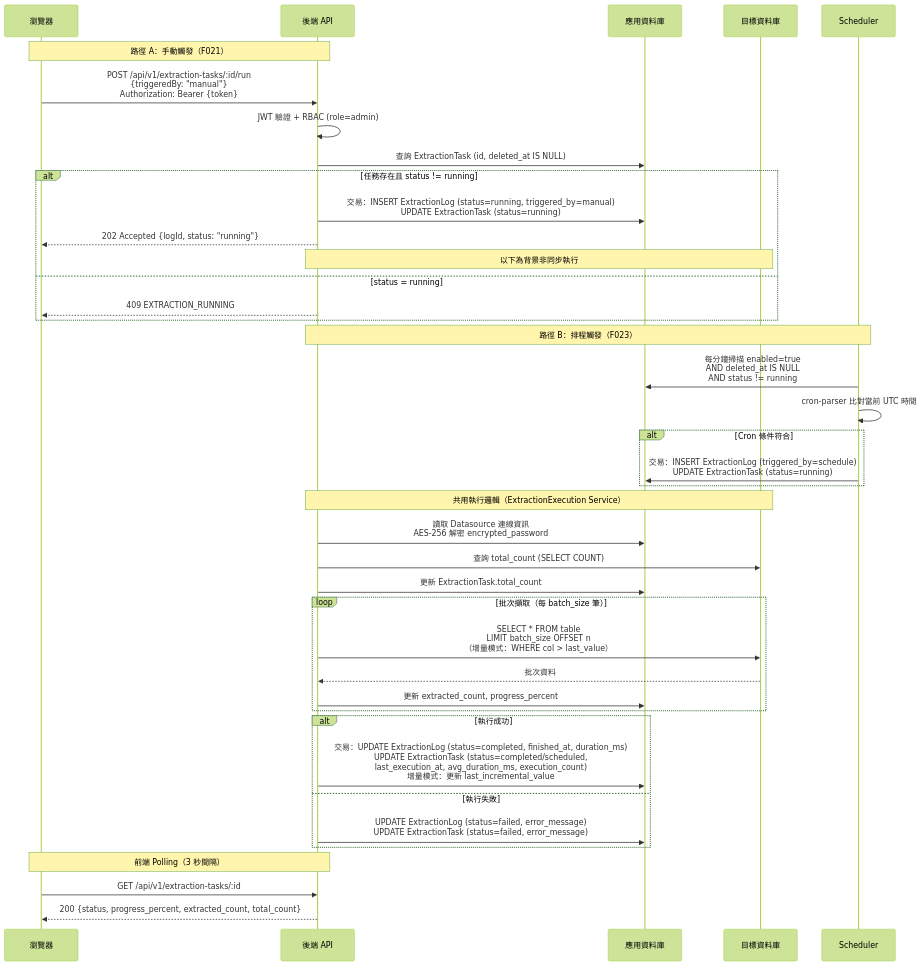
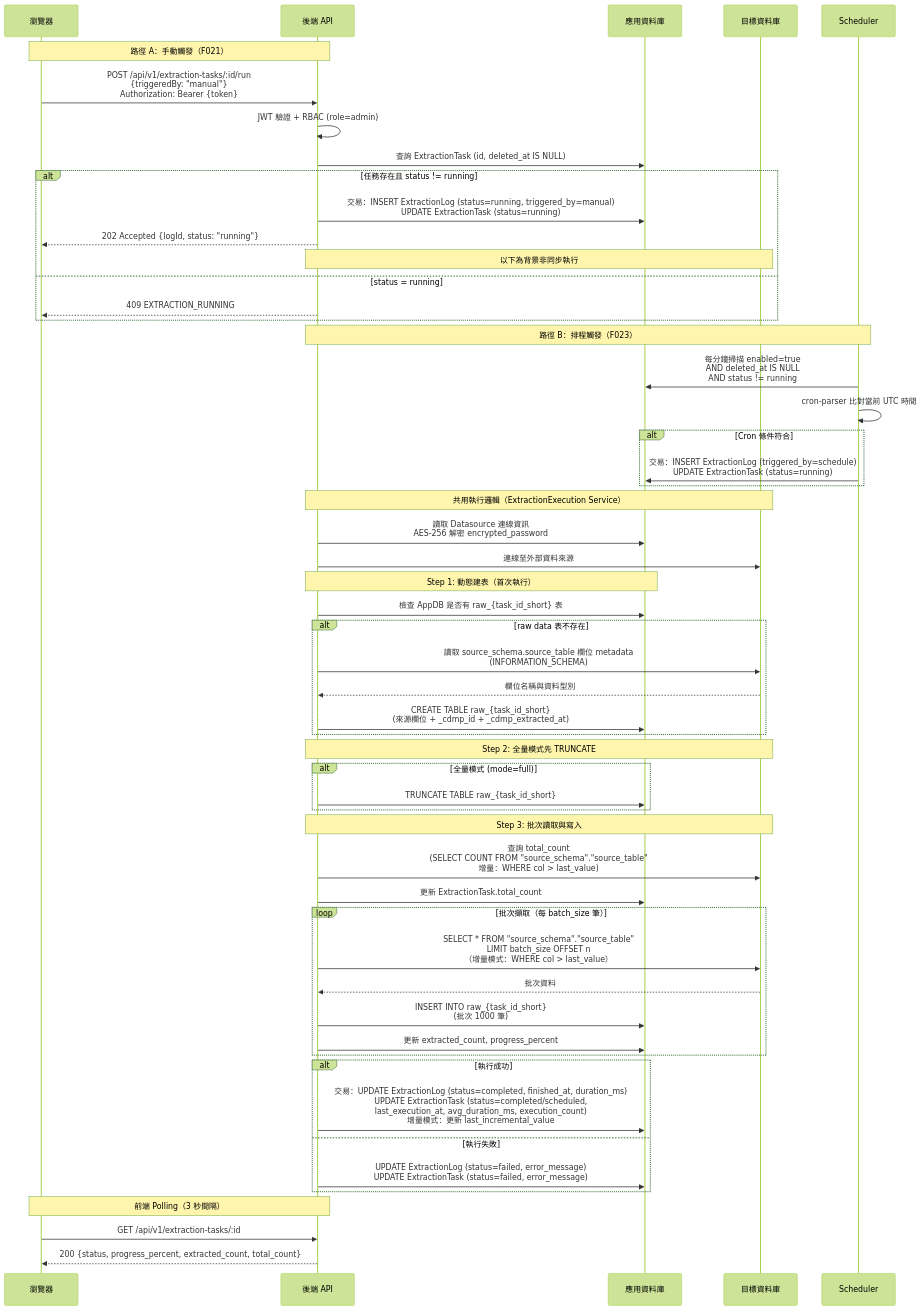
One commit to wisewhalesoft/cdmp-mvp changed the ninth of 12 diagrams in docs/specs/architecture-spec.md. Above: the diagram before and after it, drawn with Mermaid (forest theme). The commit also changed other lines of this file and 13 other files, not shown here.

First line of the commit message:
docs(E04): 更新 specs — raw data 落地、source_schema 拆分、F026 預覽

````diff
--- a/docs/specs/architecture-spec.md
+++ b/docs/specs/architecture-spec.md
@@ -693,48 +716,65 @@
 ```mermaid
 sequenceDiagram
     participant Browser as 瀏覽器
     participant API as 後端 API
     participant DB as 應用資料庫
     participant TargetDB as 目標資料庫
     participant Scheduler as Scheduler
 
     Note over Browser,API: 路徑 A：手動觸發（F021）
     Browser->>API: POST /api/v1/extraction-tasks/:id/run<br/>{triggeredBy: "manual"}<br/>Authorization: Bearer {token}
     API->>API: JWT 驗證 + RBAC (role=admin)
     API->>DB: 查詢 ExtractionTask (id, deleted_at IS NULL)
     alt 任務存在且 status != running
         API->>DB: 交易：INSERT ExtractionLog (status=running, triggered_by=manual)<br/>UPDATE ExtractionTask (status=running)
         API-->>Browser: 202 Accepted {logId, status: "running"}
         Note over API,TargetDB: 以下為背景非同步執行
     else status = running
         API-->>Browser: 409 EXTRACTION_RUNNING
     end
 
     Note over Scheduler,API: 路徑 B：排程觸發（F023）
     Scheduler->>DB: 每分鐘掃描 enabled=true<br/>AND deleted_at IS NULL<br/>AND status != running
     Scheduler->>Scheduler: cron-parser 比對當前 UTC 時間
     alt Cron 條件符合
         Scheduler->>DB: 交易：INSERT ExtractionLog (triggered_by=schedule)<br/>UPDATE ExtractionTask (status=running)
     end
 
     Note over API,TargetDB: 共用執行邏輯（ExtractionExecution Service）
     API->>DB: 讀取 Datasource 連線資訊<br/>AES-256 解密 encrypted_password
-    API->>TargetDB: 查詢 total_count (SELECT COUNT)
+    API->>TargetDB: 連線至外部資料來源
+
+    Note over API,DB: Step 1: 動態建表（首次執行）
+    API->>DB: 檢查 AppDB 是否有 raw_{task_id_short} 表
+    alt raw data 表不存在
+        API->>TargetDB: 讀取 source_schema.source_table 欄位 metadata<br/>(INFORMATION_SCHEMA)
+        TargetDB-->>API: 欄位名稱與資料型別
+        API->>DB: CREATE TABLE raw_{task_id_short}<br/>(來源欄位 + _cdmp_id + _cdmp_extracted_at)
+    end
+
+    Note over API,TargetDB: Step 2: 全量模式先 TRUNCATE
+    alt 全量模式 (mode=full)
+        API->>DB: TRUNCATE TABLE raw_{task_id_short}
+    end
+
+    Note over API,TargetDB: Step 3: 批次讀取與寫入
+    API->>TargetDB: 查詢 total_count<br/>(SELECT COUNT FROM "source_schema"."source_table"<br/>增量：WHERE col > last_value)
     API->>DB: 更新 ExtractionTask.total_count
 
     loop 批次擷取（每 batch_size 筆）
-        API->>TargetDB: SELECT * FROM table<br/>LIMIT batch_size OFFSET n<br/>（增量模式：WHERE col > last_value）
+        API->>TargetDB: SELECT * FROM "source_schema"."source_table"<br/>LIMIT batch_size OFFSET n<br/>（增量模式：WHERE col > last_value）
         TargetDB-->>API: 批次資料
+        API->>DB: INSERT INTO raw_{task_id_short}<br/>(批次 1000 筆)
         API->>DB: 更新 extracted_count, progress_percent
     end
 
     alt 執行成功
         API->>DB: 交易：UPDATE ExtractionLog (status=completed, finished_at, duration_ms)<br/>UPDATE ExtractionTask (status=completed/scheduled,<br/>last_execution_at, avg_duration_ms, execution_count)<br/>增量模式：更新 last_incremental_value
     else 執行失敗
         API->>DB: UPDATE ExtractionLog (status=failed, error_message)<br/>UPDATE ExtractionTask (status=failed, error_message)
     end
 
     Note over Browser,API: 前端 Polling（3 秒間隔）
     Browser->>API: GET /api/v1/extraction-tasks/:id
     API-->>Browser: 200 {status, progress_percent, extracted_count, total_count}
 ```
````
